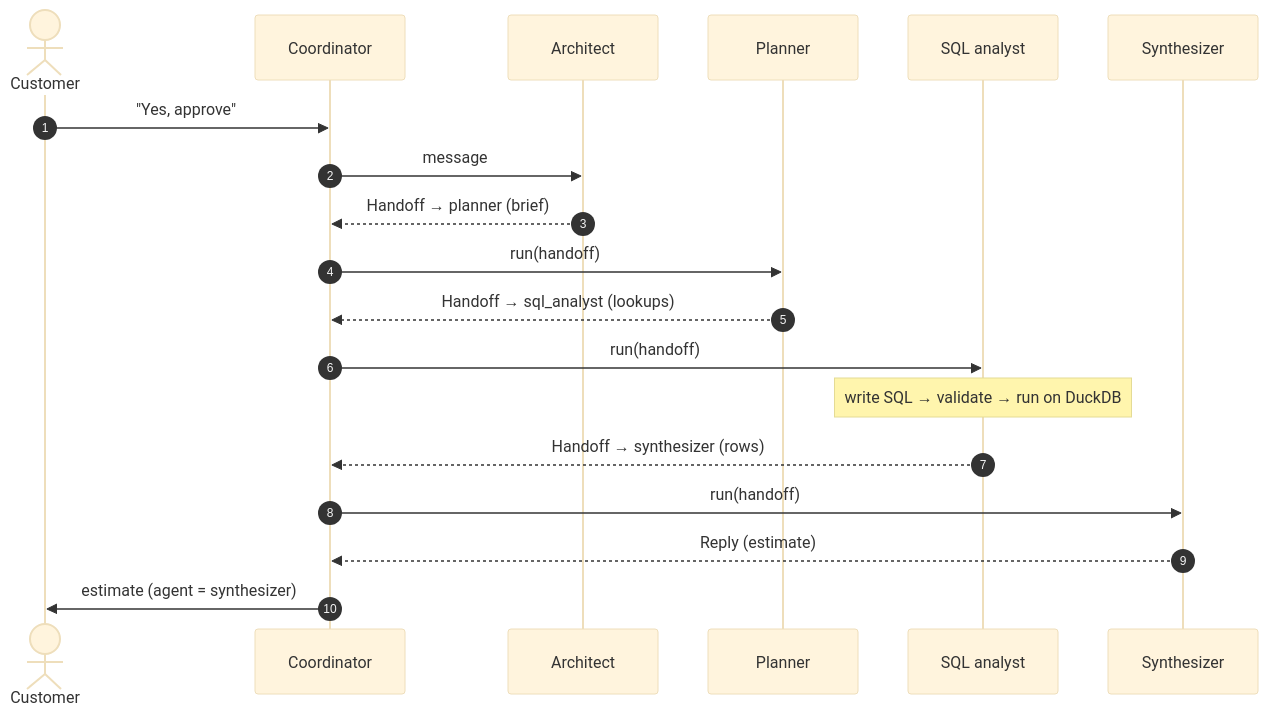
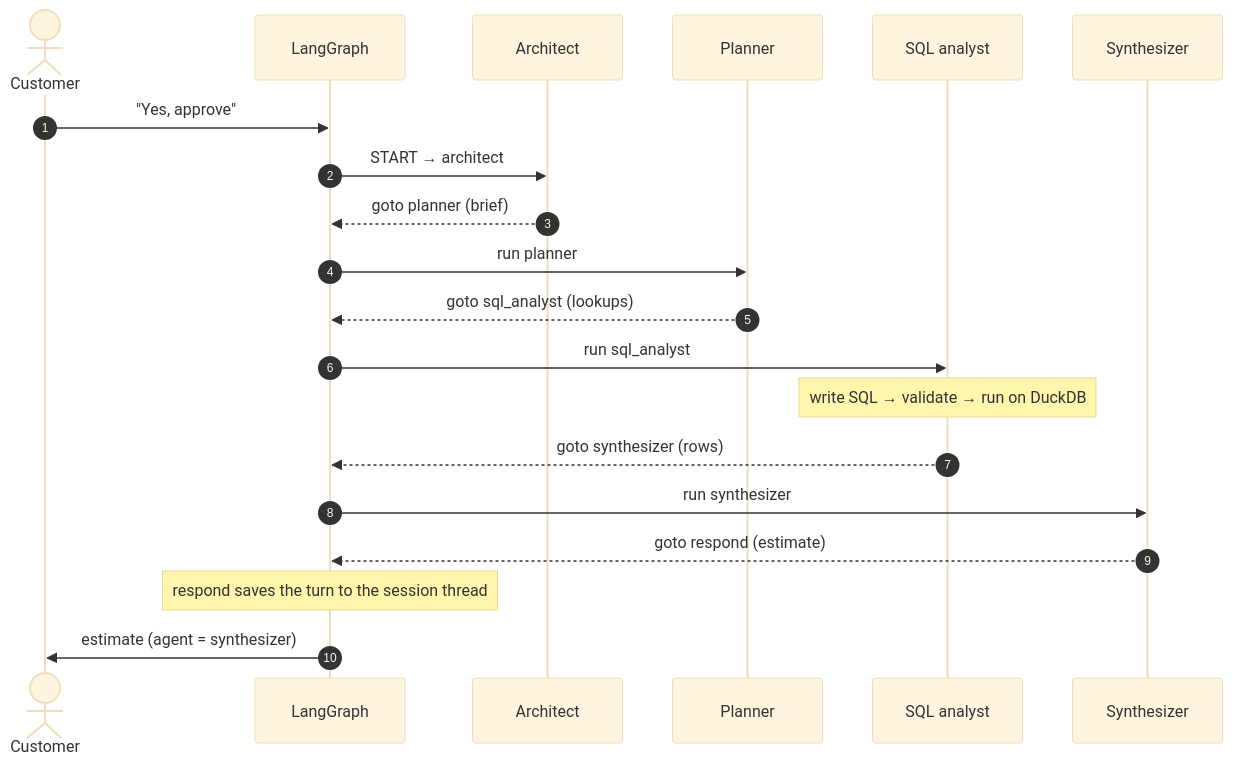
Before and after one commit to issararab/LakePlan: the diagram in docs/agents-turn.mmd, drawn with Mermaid (base theme). The commit also changed 21 other files, not shown here.

```diff
--- a/docs/agents-turn.mmd
+++ b/docs/agents-turn.mmd
@@ -1,22 +1,23 @@
 %% Source for docs/agents-turn.svg. Regenerate with:
 %%   npx -p @mermaid-js/mermaid-cli mmdc -i docs/agents-turn.mmd -o docs/agents-turn.svg -c docs/mermaid.json -b white
 sequenceDiagram
     autonumber
     actor C as Customer
-    participant O as Coordinator
+    participant G as LangGraph
     participant A as Architect
     participant P as Planner
     participant S as SQL analyst
     participant Y as Synthesizer
 
-    C->>O: "Yes, approve"
-    O->>A: message
-    A-->>O: Handoff → planner (brief)
-    O->>P: run(handoff)
-    P-->>O: Handoff → sql_analyst (lookups)
-    O->>S: run(handoff)
+    C->>G: "Yes, approve"
+    G->>A: START → architect
+    A-->>G: goto planner (brief)
+    G->>P: run planner
+    P-->>G: goto sql_analyst (lookups)
+    G->>S: run sql_analyst
     Note over S: write SQL → validate → run on DuckDB
-    S-->>O: Handoff → synthesizer (rows)
-    O->>Y: run(handoff)
-    Y-->>O: Reply (estimate)
-    O->>C: estimate (agent = synthesizer)
+    S-->>G: goto synthesizer (rows)
+    G->>Y: run synthesizer
+    Y-->>G: goto respond (estimate)
+    Note over G: respond saves the turn to the session thread
+    G->>C: estimate (agent = synthesizer)
```
